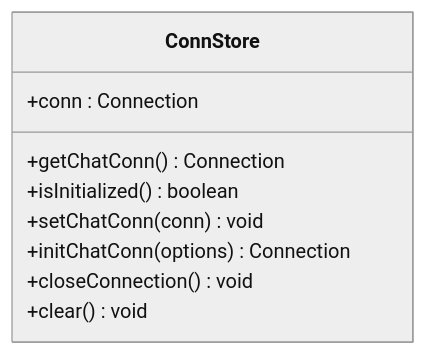
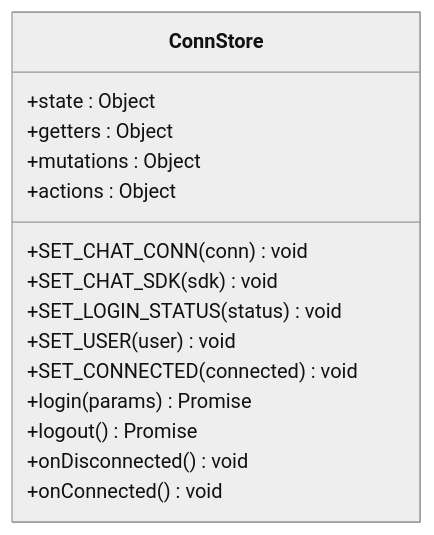
Before and after one commit to Easemob-Community/easemob-uikit-uniapp-community: the third of 8 diagrams in .qoder/repowiki/zh/content/API参考/API参考.md, drawn with Mermaid (neutral theme). The commit also changed other lines of this file and 14 other files, not shown here.

````diff
--- a/.qoder/repowiki/zh/content/API参考/API参考.md
+++ b/.qoder/repowiki/zh/content/API参考/API参考.md
@@ -192,12 +184,18 @@
 ```mermaid
 classDiagram
 class ConnStore {
-+conn : Connection
-+getChatConn() Connection
-+isInitialized() boolean
-+setChatConn(conn) void
-+initChatConn(options) Connection
-+closeConnection() void
-+clear() void
++state : Object
++getters : Object
++mutations : Object
++actions : Object
++SET_CHAT_CONN(conn) void
++SET_CHAT_SDK(sdk) void
++SET_LOGIN_STATUS(status) void
++SET_USER(user) void
++SET_CONNECTED(connected) void
++login(params) Promise
++logout() Promise
++onDisconnected() void
++onConnected() void
 }
 ```
````
